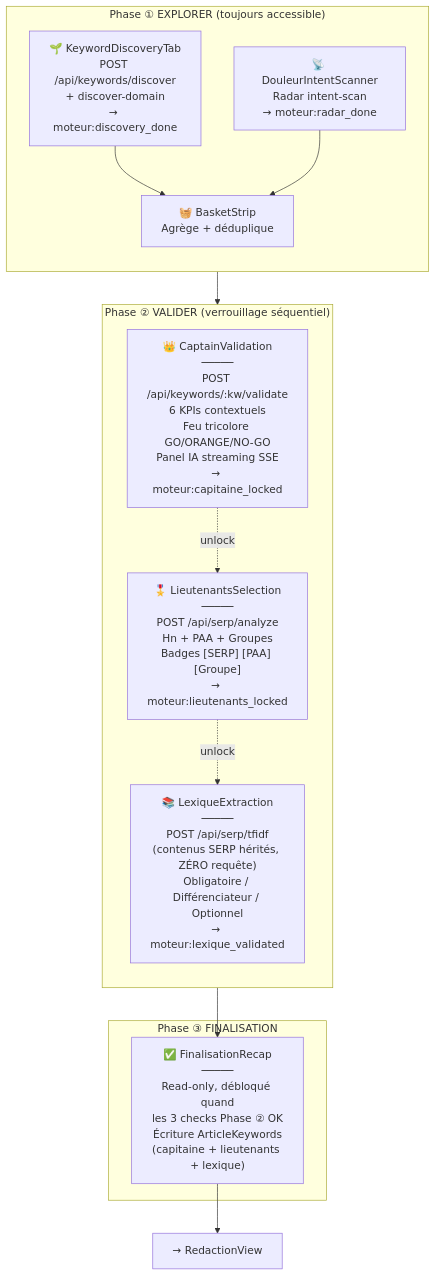
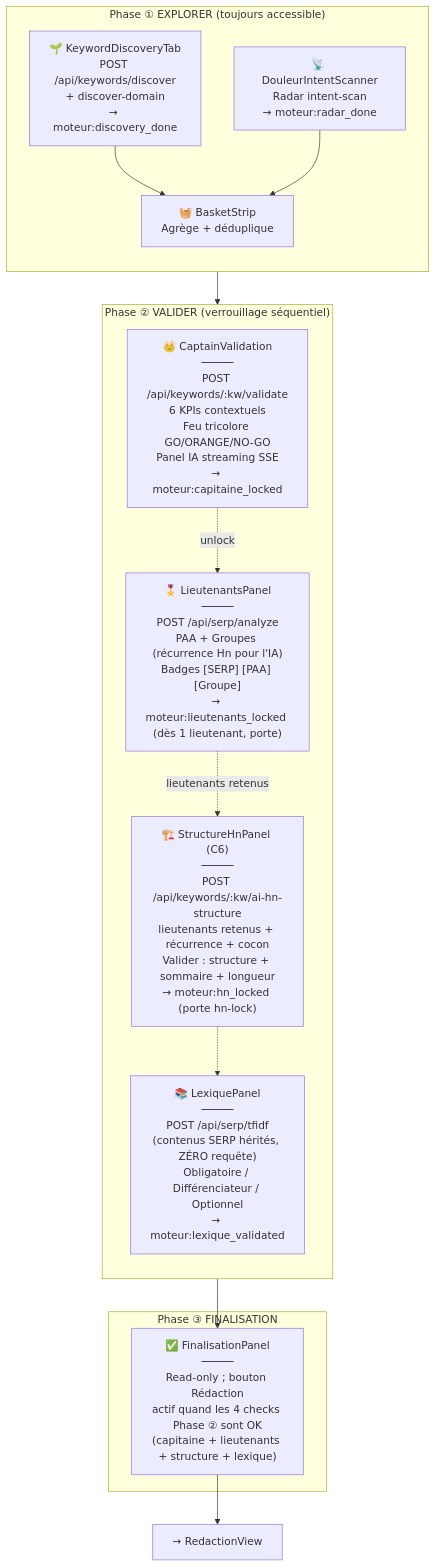
The eighth of 25 diagrams in docs/ARCHITECTURE_FLOWS.md (annubis-knight/Blog_Redactor_SEO), drawn with Mermaid before and after one commit. The commit also changed other lines of this file and 11 other files, not shown here.

````diff
--- a/docs/ARCHITECTURE_FLOWS.md
+++ b/docs/ARCHITECTURE_FLOWS.md
@@ -503,30 +504,32 @@
 ```mermaid
 graph TB
     subgraph Phase1["Phase ① EXPLORER (toujours accessible)"]
         direction TB
         SEED["🌱 KeywordDiscoveryTab<br>POST /api/keywords/discover<br>+ discover-domain<br>→ moteur:discovery_done"]
         RADAR["📡 DouleurIntentScanner<br>Radar intent-scan<br>→ moteur:radar_done"]
         BASKET["🧺 BasketStrip<br>Agrège + déduplique"]
 
         SEED --> BASKET
         RADAR --> BASKET
     end
 
     subgraph Phase2["Phase ② VALIDER (verrouillage séquentiel)"]
         direction TB
         CAPT["👑 CaptainValidation<br>─────<br>POST /api/keywords/:kw/validate<br>6 KPIs contextuels<br>Feu tricolore GO/ORANGE/NO-GO<br>Panel IA streaming SSE<br>→ moteur:capitaine_locked"]
-        LT["🎖️ LieutenantsSelection<br>─────<br>POST /api/serp/analyze<br>Hn + PAA + Groupes<br>Badges [SERP] [PAA] [Groupe]<br>→ moteur:lieutenants_locked"]
-        LEX["📚 LexiqueExtraction<br>─────<br>POST /api/serp/tfidf<br>(contenus SERP hérités, ZÉRO requête)<br>Obligatoire / Différenciateur / Optionnel<br>→ moteur:lexique_validated"]
+        LT["🎖️ LieutenantsPanel<br>─────<br>POST /api/serp/analyze<br>PAA + Groupes (récurrence Hn pour l'IA)<br>Badges [SERP] [PAA] [Groupe]<br>→ moteur:lieutenants_locked (dès 1 lieutenant, porte)"]
+        HN["🏗️ StructureHnPanel (C6)<br>─────<br>POST /api/keywords/:kw/ai-hn-structure<br>lieutenants retenus + récurrence + cocon<br>Valider : structure + sommaire + longueur<br>→ moteur:hn_locked (porte hn-lock)"]
+        LEX["📚 LexiquePanel<br>─────<br>POST /api/serp/tfidf<br>(contenus SERP hérités, ZÉRO requête)<br>Obligatoire / Différenciateur / Optionnel<br>→ moteur:lexique_validated"]
 
         CAPT -.->|unlock| LT
-        LT -.->|unlock| LEX
+        LT -.->|lieutenants retenus| HN
+        HN -.-> LEX
     end
 
     subgraph Phase3["Phase ③ FINALISATION"]
-        FINAL["✅ FinalisationRecap<br>─────<br>Read-only, débloqué quand<br>les 3 checks Phase ② OK<br>Écriture ArticleKeywords<br>(capitaine + lieutenants + lexique)"]
+        FINAL["✅ FinalisationPanel<br>─────<br>Read-only ; bouton Rédaction<br>actif quand les 4 checks Phase ② sont OK<br>(capitaine + lieutenants + structure + lexique)"]
     end
 
     BASKET --> CAPT
     LEX --> FINAL
     FINAL --> REDAC["→ RedactionView"]
 ```
````
